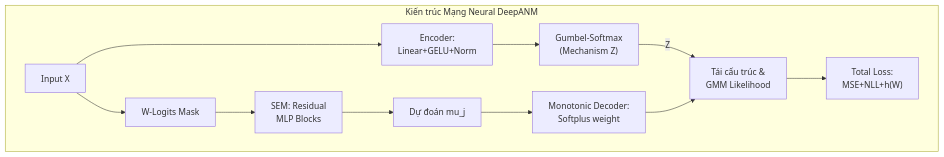
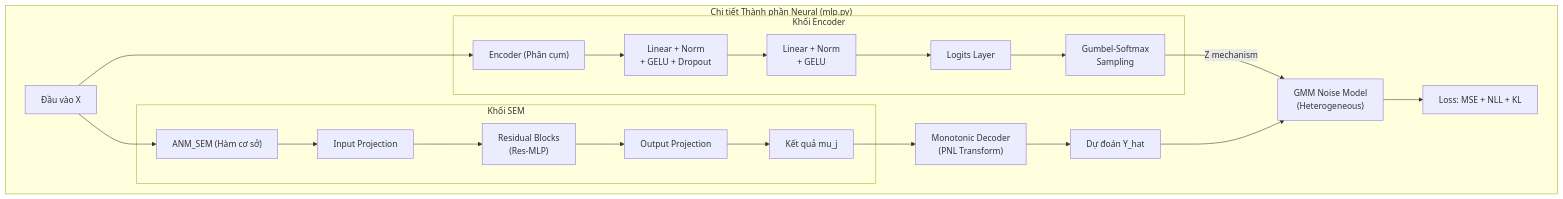
The third of 5 diagrams in docx/Chuong3_MoHinhDeepANM.md (manhthai1706/DeepANM), drawn with Mermaid before and after one commit.

Commit message:
docs: redraw detailed MLP internal architecture diagram

````diff
--- a/docx/Chuong3_MoHinhDeepANM.md
+++ b/docx/Chuong3_MoHinhDeepANM.md
@@ -146,17 +146,28 @@
 ```mermaid
 graph TD
-    subgraph MLP_Architect ["Kiến trúc Mạng Neural DeepANM"]
-        In["Input X"] --> En_Net["Encoder:<br/>Linear+GELU+Norm"]
-        En_Net --> Gumbel["Gumbel-Softmax<br/>(Mechanism Z)"]
+    subgraph MLP_Detail ["Chi tiết Thành phần Neural (mlp.py)"]
+        In["Đầu vào X"] --> En["Encoder (Phân cụm)"]
+        subgraph Encoder_Path ["Khối Encoder"]
+            En --> E1["Linear + Norm<br/>+ GELU + Dropout"]
+            E1 --> E2["Linear + Norm<br/>+ GELU"]
+            E2 --> ZL["Logits Layer"]
+            ZL --> GS["Gumbel-Softmax<br/>Sampling"]
+        end
+
+        In --> SEM["ANM_SEM (Hàm cơ sở)"]
+        subgraph SEM_Path ["Khối SEM"]
+            SEM --> IP["Input Projection"]
+            IP --> RB["Residual Blocks<br/>(Res-MLP)"]
+            RB --> OP["Output Projection"]
+            OP --> Mu["Kết quả mu_j"]
+        end
+
+        Mu --> Dec["Monotonic Decoder<br/>(PNL Transform)"]
+        Dec --> YH["Dự đoán Y_hat"]
+
+        GS -->|"Z mechanism"| NLL["GMM Noise Model<br/>(Heterogeneous)"]
+        YH --> NLL
         
-        In --> Mask["W-Logits Mask"]
-        Mask --> SEM_Res["SEM: Residual<br/>MLP Blocks"]
-        SEM_Res --> mu["Dự đoán mu_j"]
-        
-        mu --> Decoder["Monotonic Decoder:<br/>Softplus weight"]
-        Gumbel -->|Z| Final["Tái cấu trúc &<br/>GMM Likelihood"]
-        Decoder --> Final
-        
-        Final --> Loss["Total Loss:<br/>MSE+NLL+h(W)"]
+        NLL --> Loss["Loss: MSE + NLL + KL"]
     end
 ```
````
